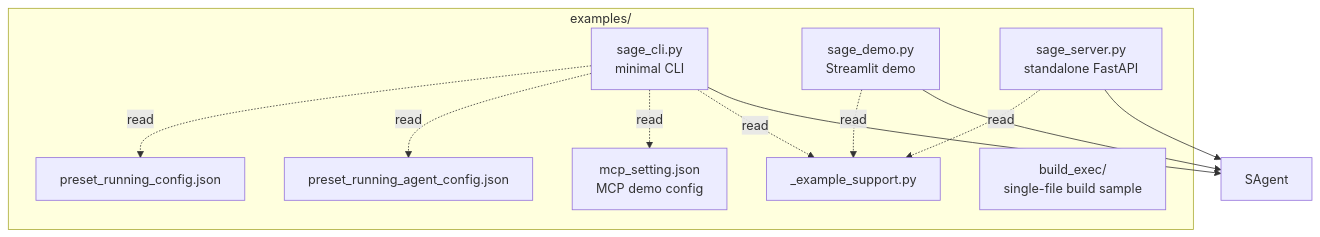
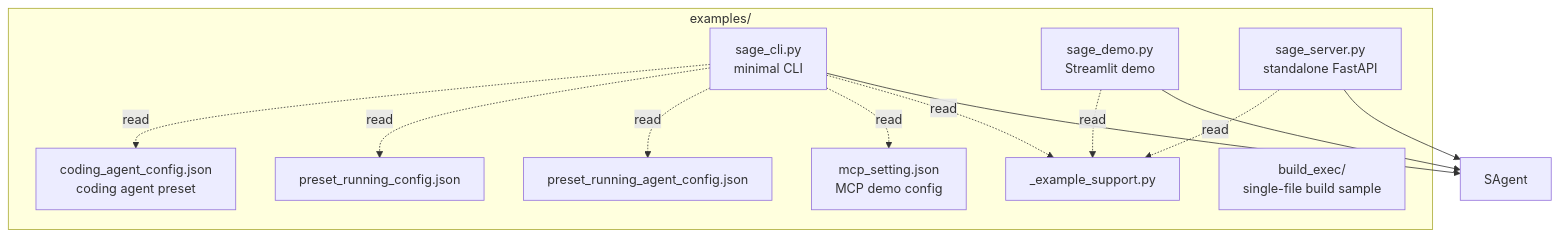
One commit to ZHangZHengEric/Sage changed the third of 6 diagrams in docs/en/architecture/ARCHITECTURE_APP_OTHERS.md. Above: the diagram before and after it, drawn with Mermaid. The commit also changed 89 other files, not shown here.

Commit message:
feat: polish coding config and terminal tui

````diff
--- a/docs/en/architecture/ARCHITECTURE_APP_OTHERS.md
+++ b/docs/en/architecture/ARCHITECTURE_APP_OTHERS.md
@@ -59,23 +59,25 @@
 ```mermaid
 flowchart TB
     subgraph G_Ex ["examples/"]
         SCli[sage_cli.py<br/>minimal CLI]
         SDemo[sage_demo.py<br/>Streamlit demo]
         SSrv[sage_server.py<br/>standalone FastAPI]
         Helper[_example_support.py]
         Mcp[mcp_setting.json<br/>MCP demo config]
         Cfg1[preset_running_agent_config.json]
         Cfg2[preset_running_config.json]
+        Cfg3[coding_agent_config.json<br/>coding agent preset]
         Build[build_exec/<br/>single-file build sample]
     end
 
     SCli --> SAgent
     SDemo --> SAgent
     SSrv --> SAgent
     SCli -.read.-> Helper
     SDemo -.read.-> Helper
     SSrv -.read.-> Helper
     SCli -.read.-> Mcp
     SCli -.read.-> Cfg1
     SCli -.read.-> Cfg2
+    SCli -.read.-> Cfg3
 ```
````
